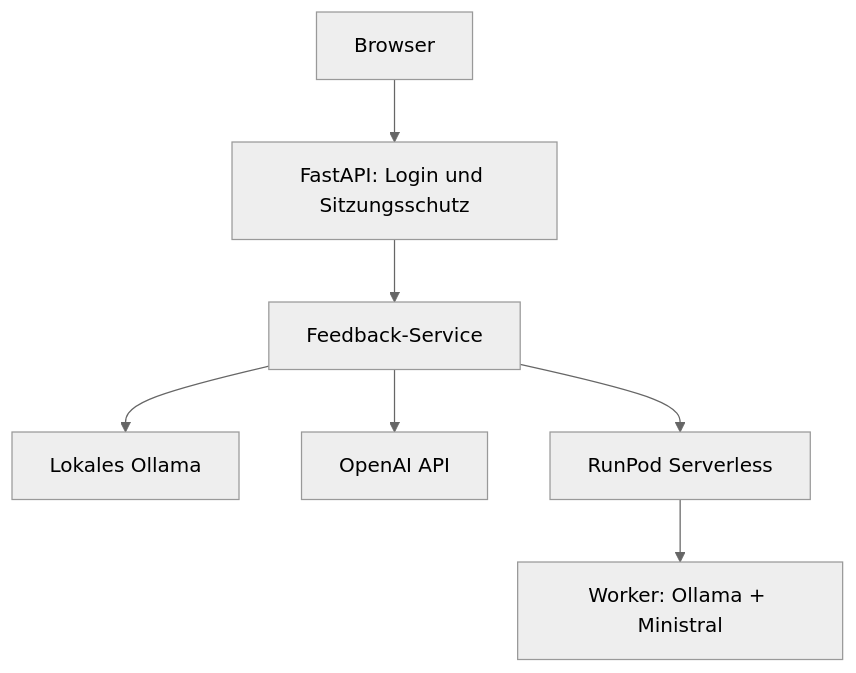
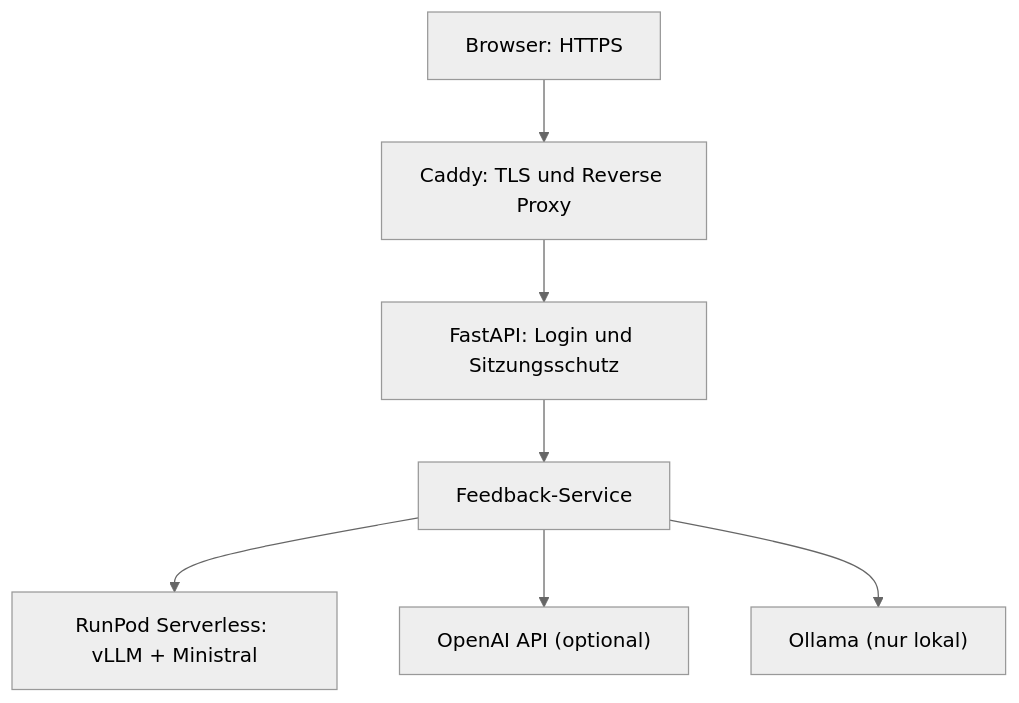
Before and after one commit to David90dotcom/ki-schreibfeedback-prototyp: the diagram in README.md, drawn with Mermaid (neutral theme). The commit also changed other lines of this file and 2 other files, not shown here.

````diff
--- a/README.md
+++ b/README.md
@@ -19,9 +19,9 @@
 ```mermaid
 flowchart TD
-    A["Browser"] --> B["FastAPI: Login und Sitzungsschutz"]
-    B --> C["Feedback-Service"]
-    C --> D["Lokales Ollama"]
-    C --> E["OpenAI API"]
-    C --> F["RunPod Serverless"]
-    F --> G["Worker: Ollama + Ministral"]
+    A["Browser: HTTPS"] --> B["Caddy: TLS und Reverse Proxy"]
+    B --> C["FastAPI: Login und Sitzungsschutz"]
+    C --> D["Feedback-Service"]
+    D --> E["RunPod Serverless: vLLM + Ministral"]
+    D --> F["OpenAI API (optional)"]
+    D --> G["Ollama (nur lokal)"]
 ```
````
